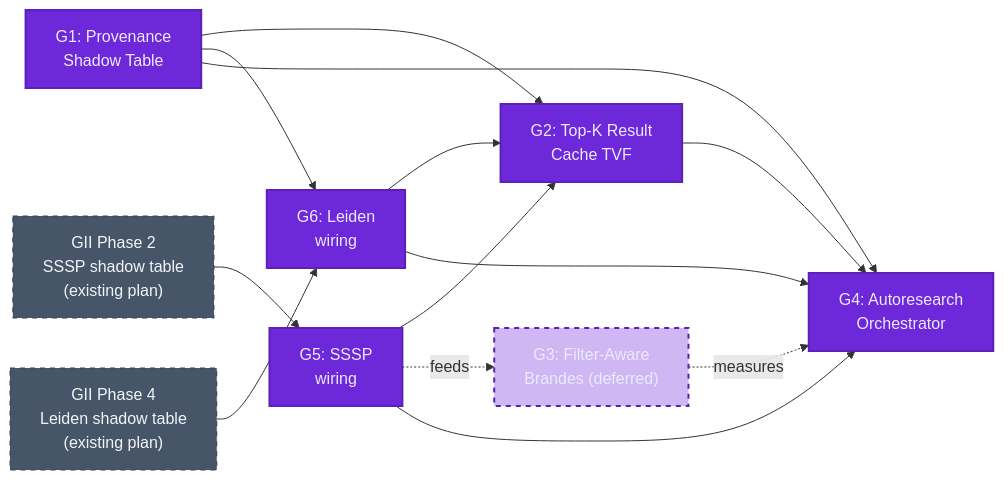
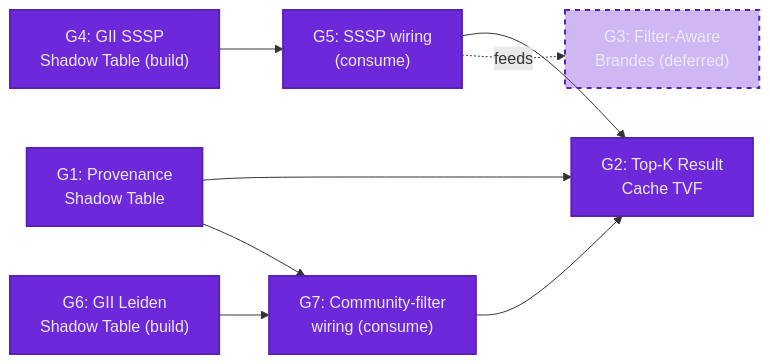
Before and after one commit to neozenith/sqlite-muninn: the first of 5 diagrams in docs/plans/adv-centrality-filtering.md, drawn with Mermaid. The commit also changed other lines of this file, not shown here.

Commit message:
updated plan

````diff
--- a/docs/plans/adv-centrality-filtering.md
+++ b/docs/plans/adv-centrality-filtering.md
@@ -36,21 +108,14 @@
 ```mermaid
 flowchart LR
-    GII2["GII Phase 2<br/>SSSP shadow table<br/>(existing plan)"] --> G5["G5: SSSP<br/>wiring"]
-    GII4["GII Phase 4<br/>Leiden shadow table<br/>(existing plan)"] --> G6["G6: Leiden<br/>wiring"]
     G1["G1: Provenance<br/>Shadow Table"] --> G2["G2: Top-K Result<br/>Cache TVF"]
-    G1 --> G6
+    G4["G4: GII SSSP<br/>Shadow Table (build)"] --> G5["G5: SSSP wiring<br/>(consume)"]
+    G6["G6: GII Leiden<br/>Shadow Table (build)"] --> G7["G7: Community-filter<br/>wiring (consume)"]
+    G1 --> G7
     G5 --> G2
-    G5 -.feeds.-> G3
-    G6 --> G2
-    G1 --> G4["G4: Autoresearch<br/>Orchestrator"]
-    G2 --> G4
-    G5 --> G4
-    G6 --> G4
-    G3["G3: Filter-Aware<br/>Brandes (deferred)"] -.measures.-> G4
+    G7 --> G2
+    G5 -.feeds.-> G3["G3: Filter-Aware<br/>Brandes (deferred)"]
     classDef gap fill:#6d28d9,stroke:#5b21b6,color:#ede9fe,stroke-width:2px
     classDef deferred fill:#6d28d955,stroke:#5b21b6,color:#ede9fe,stroke-width:2px,stroke-dasharray:5 5
-    classDef external fill:#475569,stroke:#334155,color:#f1f5f9,stroke-width:1px,stroke-dasharray:5 5
-    class G1,G2,G4,G5,G6 gap
+    class G1,G2,G4,G5,G6,G7 gap
     class G3 deferred
-    class GII2,GII4 external
 ```
````
